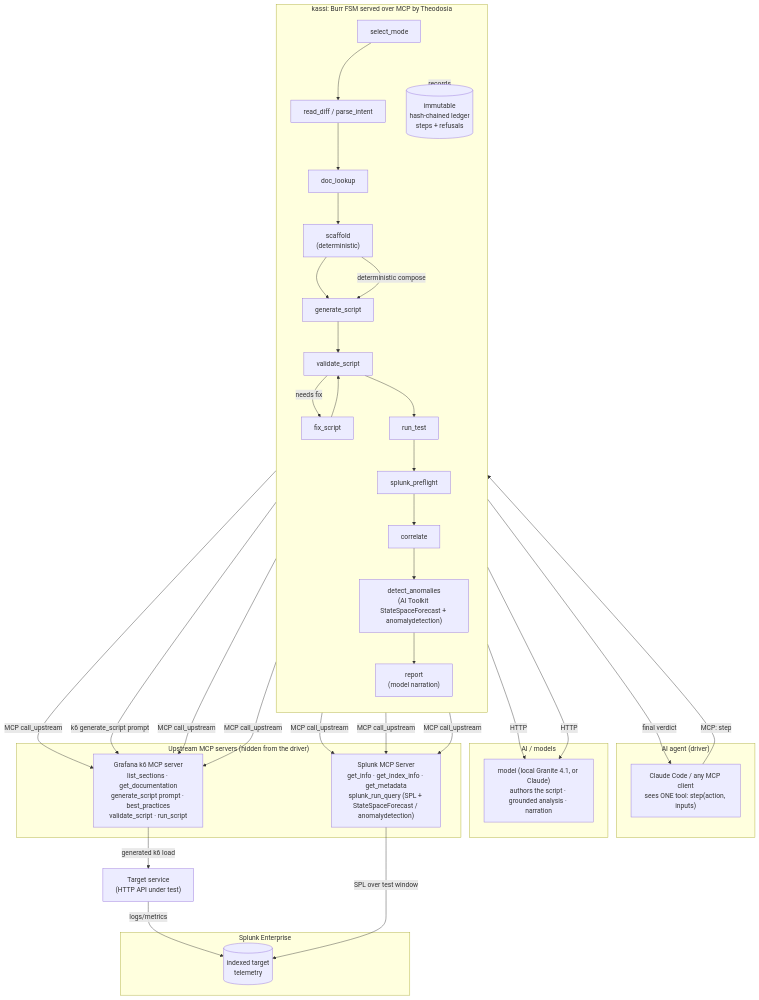
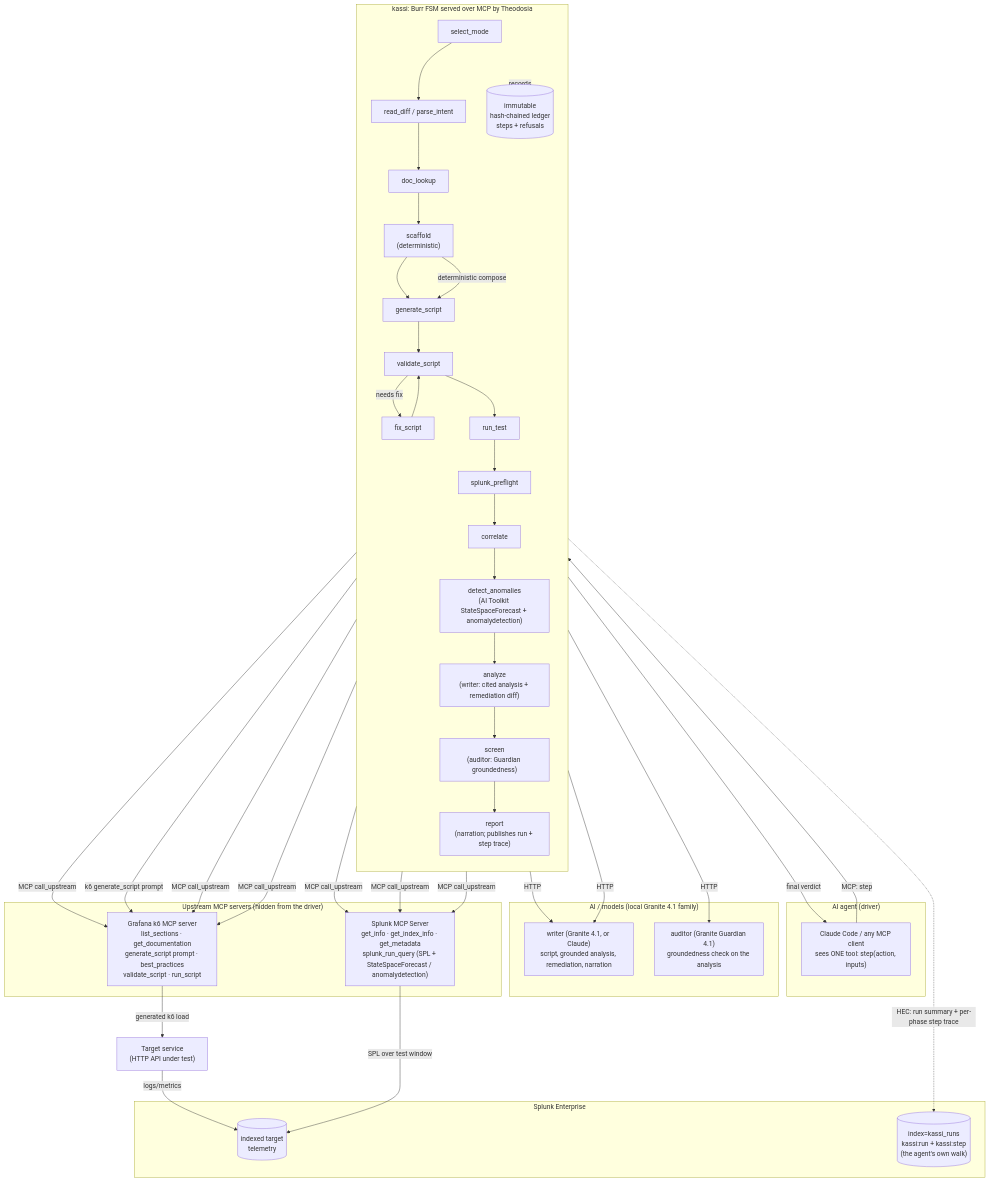
One commit to msradam/kassi changed the diagram in architecture_diagram.md. Above: the diagram before and after it, drawn with Mermaid. The commit also changed other lines of this file and 4 other files, not shown here.

First line of the commit message:
docs: propagate analyze/screen phases, agent observability, and the new slogan

````diff
--- a/architecture_diagram.md
+++ b/architecture_diagram.md
@@ -9,55 +9,61 @@
 ```mermaid
 flowchart TB
     subgraph Driver["AI agent (driver)"]
         A["Claude Code / any MCP client<br/>sees ONE tool: step(action, inputs)"]
     end
 
     subgraph kassi["kassi: Burr FSM served over MCP by Theodosia"]
         direction TB
         SM["select_mode"] --> RD["read_diff / parse_intent"]
         RD --> DL["doc_lookup"]
         DL --> SC["scaffold<br/>(deterministic)"]
         SC --> GS["generate_script"]
         GS --> VS["validate_script"]
         VS -->|needs fix| FX["fix_script"]
         FX --> VS
         VS --> RT["run_test"]
         RT --> PF["splunk_preflight"]
         PF --> CO["correlate"]
         CO --> DA["detect_anomalies<br/>(AI Toolkit StateSpaceForecast + anomalydetection)"]
-        DA --> RP["report<br/>(model narration)"]
+        DA --> AN["analyze<br/>(writer: cited analysis + remediation diff)"]
+        AN --> SCR["screen<br/>(auditor: Guardian groundedness)"]
+        SCR --> RP["report<br/>(narration; publishes run + step trace)"]
         LEDGER[("immutable<br/>hash-chained ledger<br/>steps + refusals")]
     end
 
-    subgraph AI["AI / models"]
-        LLM["model (local Granite 4.1, or Claude)<br/>authors the script · grounded analysis · narration"]
+    subgraph AI["AI / models (local Granite 4.1 family)"]
+        LLM["writer (Granite 4.1, or Claude)<br/>script, grounded analysis, remediation, narration"]
+        GUARD["auditor (Granite Guardian 4.1)<br/>groundedness check on the analysis"]
     end
 
     subgraph Upstreams["Upstream MCP servers (hidden from the driver)"]
         K6["Grafana k6 MCP server<br/>list_sections · get_documentation<br/>generate_script prompt · best_practices<br/>validate_script · run_script"]
         SPL["Splunk MCP Server<br/>get_info · get_index_info · get_metadata<br/>splunk_run_query (SPL + StateSpaceForecast / anomalydetection)"]
     end
 
     subgraph Splunk["Splunk Enterprise"]
         IDX[("indexed target<br/>telemetry")]
+        RUNIDX[("index=kassi_runs<br/>kassi:run + kassi:step<br/>(the agent's own walk)")]
     end
 
     TARGET["Target service<br/>(HTTP API under test)"]
 
     A -->|MCP: step| SM
     kassi -.records.-> LEDGER
     DL -->|MCP call_upstream| K6
     SC -->|deterministic compose| GS
     GS -->|k6 generate_script prompt| K6
     GS -->|HTTP| LLM
-    RP -->|HTTP| LLM
+    AN -->|HTTP| LLM
+    SCR -->|HTTP| GUARD
     VS -->|MCP call_upstream| K6
     RT -->|MCP call_upstream| K6
     K6 -->|generated k6 load| TARGET
     TARGET -->|logs/metrics| IDX
     PF -->|MCP call_upstream| SPL
     CO -->|MCP call_upstream| SPL
     DA -->|MCP call_upstream| SPL
     SPL -->|SPL over test window| IDX
     RP -->|final verdict| A
+    RP -.->|HEC: run summary + per-phase step trace| RUNIDX
 ```
````
